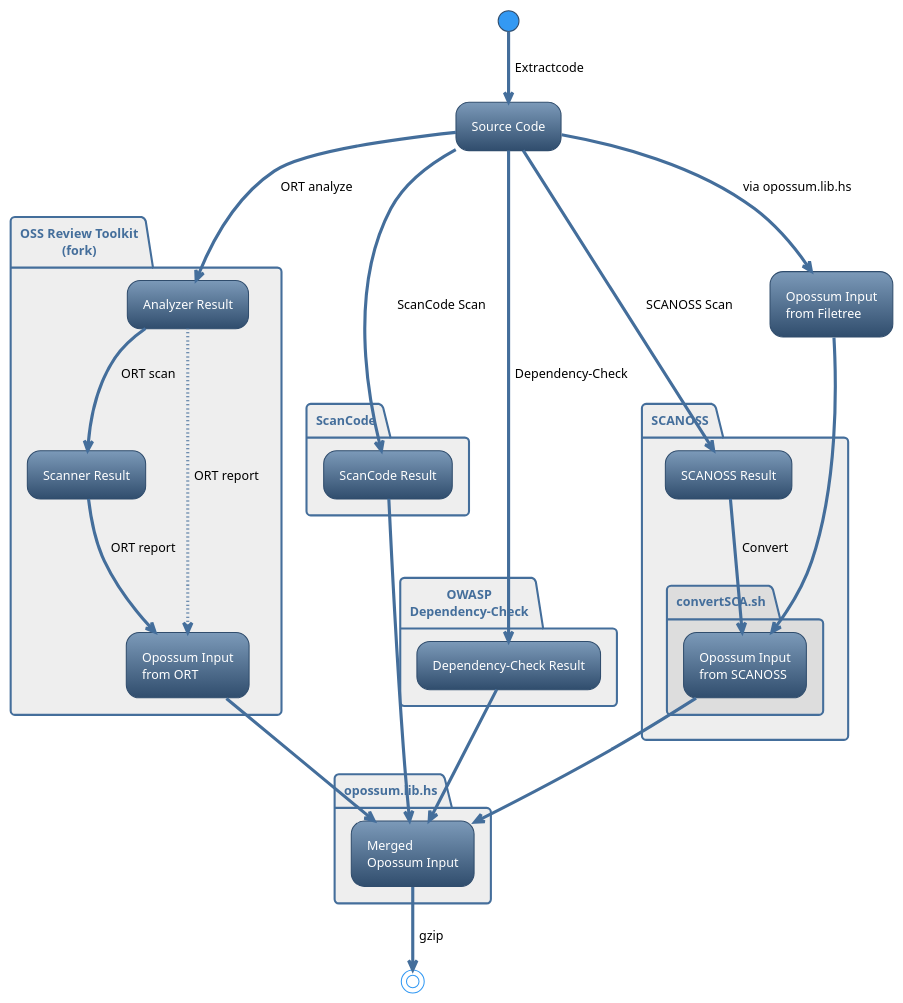
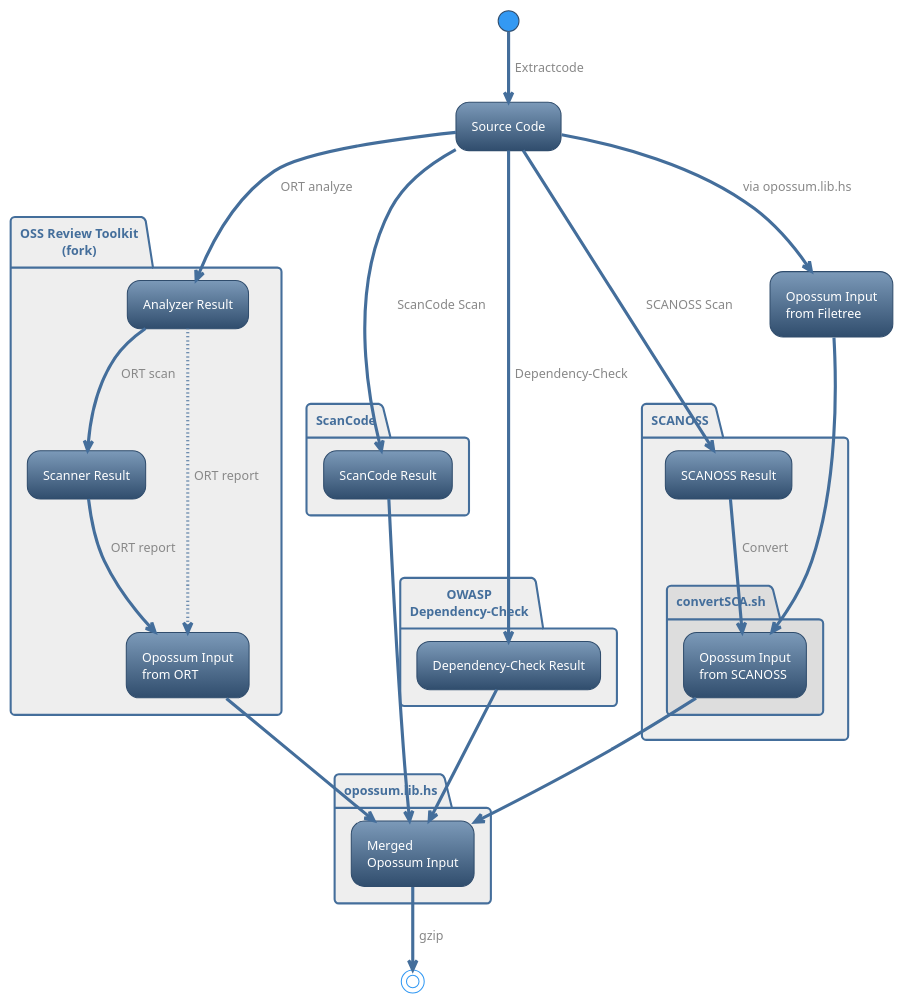
Before and after one commit to opossum-tool/aioc: the diagram in README.puml, drawn with PlantUML. The commit also changed 1 other file, not shown here.

```diff
--- a/README.puml
+++ b/README.puml
@@ -5,44 +5,43 @@
 @startuml
 
 !theme spacelab
-skinparam ArrowFontColor #000000
+skinparam ArrowFontColor #888888
 
 (*) -->[Extractcode] "Source Code"
 "Source Code" -->[via opossum.lib.hs] "Opossum Input\nfrom Filetree"
-
 
 partition "OSS Review Toolkit\n(fork)" #eeeeee {
     "Source Code" -->[ORT analyze] "Analyzer Result"
     "Analyzer Result" -->[ORT scan] "Scanner Result"
     "Analyzer Result" ...>[ORT report] "Opossum Input\nfrom ORT"
     "Scanner Result" -->[ORT report] "Opossum Input\nfrom ORT"
 }
 
 partition ScanCode #eeeeee {
     "Source Code" -->[ScanCode Scan] "ScanCode Result"
 }
 
 partition "OWASP\nDependency-Check" #eeeeee {
     "Source Code" --->[Dependency-Check] "Dependency-Check Result"
 }
 
 partition SCANOSS #eeeeee {
     "Source Code" --->[SCANOSS Scan] "SCANOSS Result"
     partition convertSCA.sh #dddddd {
         "Opossum Input\nfrom Filetree" --> "Opossum Input\nfrom SCANOSS"
         "SCANOSS Result" -->[Convert] "Opossum Input\nfrom SCANOSS"
     }
 }
 
 partition opossum.lib.hs #eeeeee {
     ' "ScanCode Result" ..> "Opossum Input\nfrom ScanCode"
     ' "Opossum Input\nfrom ScanCode" ..> "Merged\nOpossum Input"
     "Opossum Input\nfrom ORT" --> "Merged\nOpossum Input"
     "ScanCode Result" ---> "Merged\nOpossum Input"
     "Opossum Input\nfrom SCANOSS" --> "Merged\nOpossum Input"
     "Dependency-Check Result" --> "Merged\nOpossum Input"
 }
 
 "Merged\nOpossum Input" -->[gzip] (*)
 
 @enduml
```
